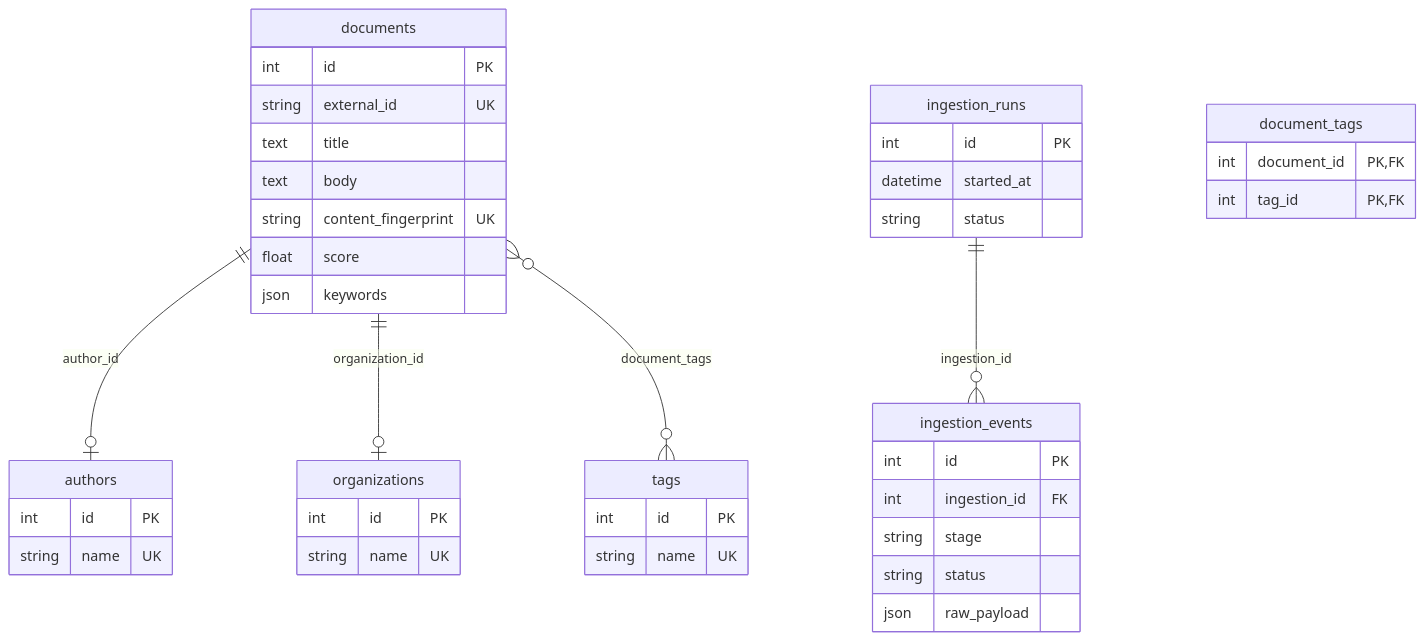
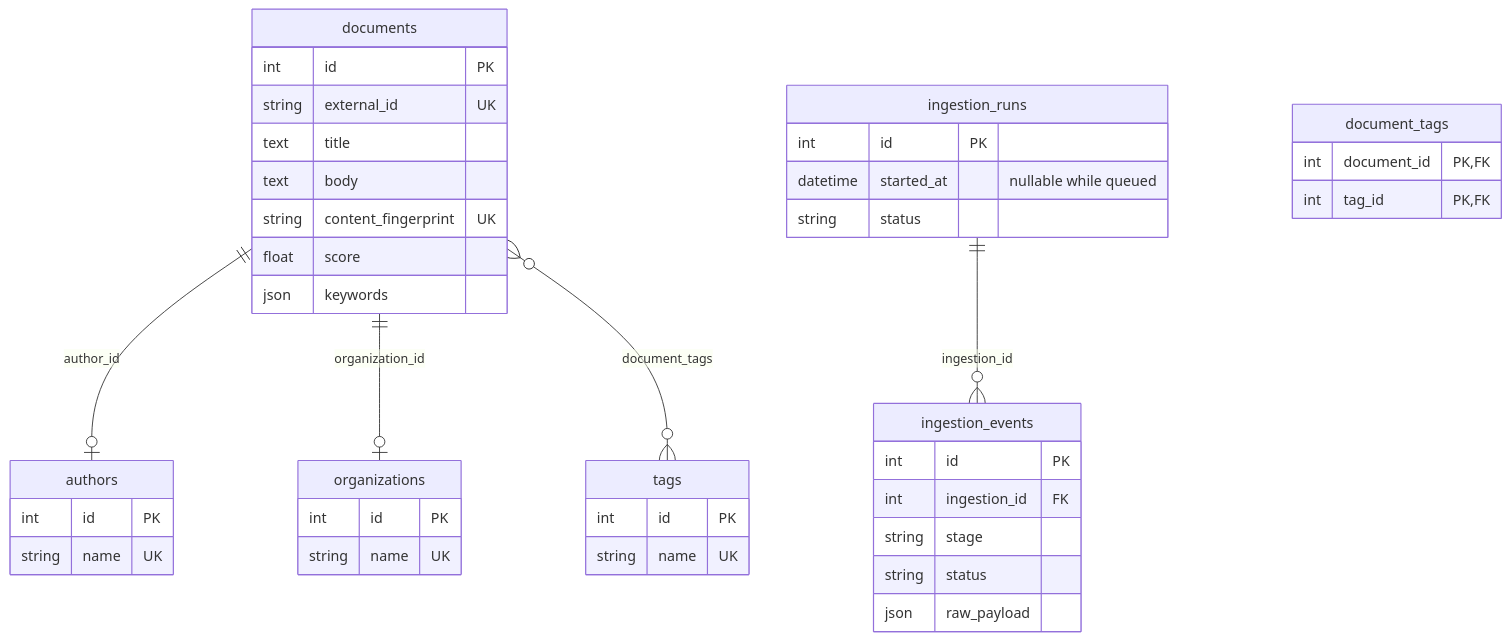
The third of 3 diagrams in README.md (alexkos/test_documents), drawn with Mermaid before and after one commit. The commit also changed other lines of this file and 21 other files, not shown here.

````diff
--- a/README.md
+++ b/README.md
@@ -51,51 +84,51 @@
 ```mermaid
 erDiagram
     documents ||--o| authors : "author_id"
     documents ||--o| organizations : "organization_id"
     documents }o--o{ tags : "document_tags"
     ingestion_runs ||--o{ ingestion_events : "ingestion_id"
 
     documents {
         int id PK
         string external_id UK
         text title
         text body
         string content_fingerprint UK
         float score
         json keywords
     }
 
     authors {
         int id PK
         string name UK
     }
 
     organizations {
         int id PK
         string name UK
     }
 
     tags {
         int id PK
         string name UK
     }
 
     document_tags {
         int document_id PK,FK
         int tag_id PK,FK
     }
 
     ingestion_runs {
         int id PK
-        datetime started_at
+        datetime started_at "nullable while queued"
         string status
     }
 
     ingestion_events {
         int id PK
         int ingestion_id FK
         string stage
         string status
         json raw_payload
     }
 ```
````
